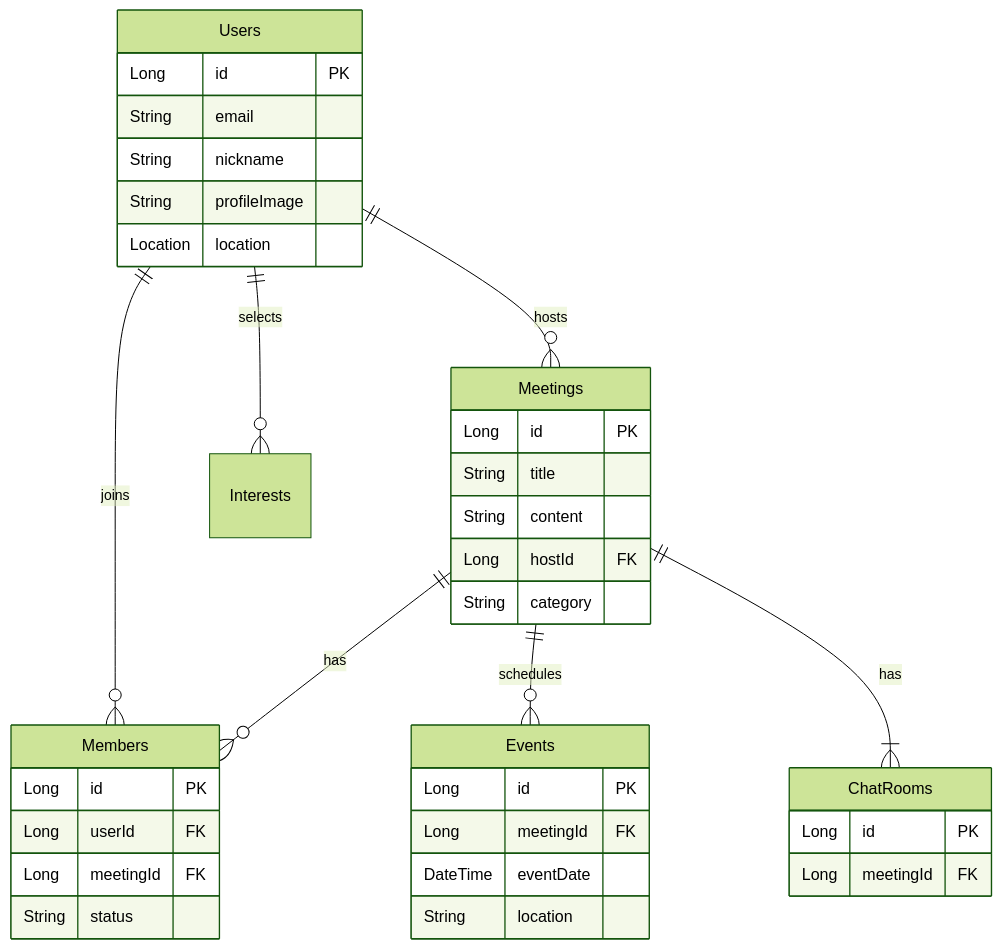
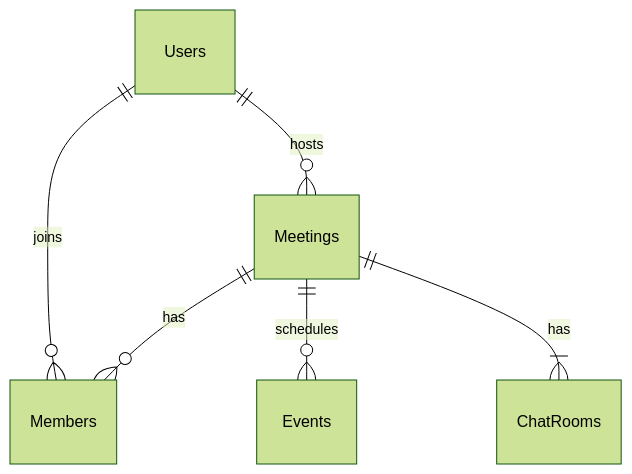
Before and after one commit to Younjin9/aidea: the third of 4 diagrams in README.md, drawn with Mermaid (forest theme). The commit also changed other lines of this file, not shown here.

````diff
--- a/README.md
+++ b/README.md
@@ -269,40 +209,8 @@
 ```mermaid
 erDiagram
-    Users {
-        Long id PK
-        String email
-        String nickname
-        String profileImage
-        Location location
-    }
-    Meetings {
-        Long id PK
-        String title
-        String content
-        Long hostId FK
-        String category
-    }
-    Events {
-        Long id PK
-        Long meetingId FK
-        DateTime eventDate
-        String location
-    }
-    ChatRooms {
-        Long id PK
-        Long meetingId FK
-    }
-    Members {
-        Long id PK
-        Long userId FK
-        Long meetingId FK
-        String status
-    }
-
     Users ||--o{ Members : joins
     Meetings ||--o{ Members : has
     Meetings ||--o{ Events : schedules
     Meetings ||--|{ ChatRooms : has
     Users ||--o{ Meetings : hosts
-    Users ||--o{ Interests : selects
 ```
````
